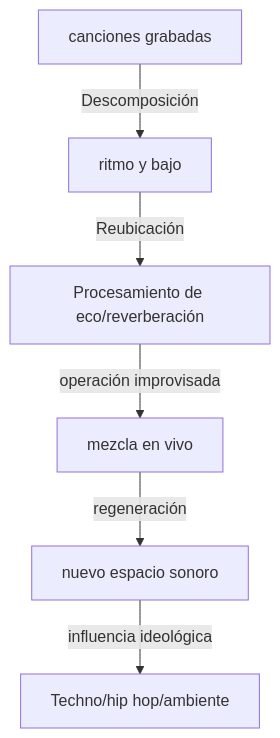
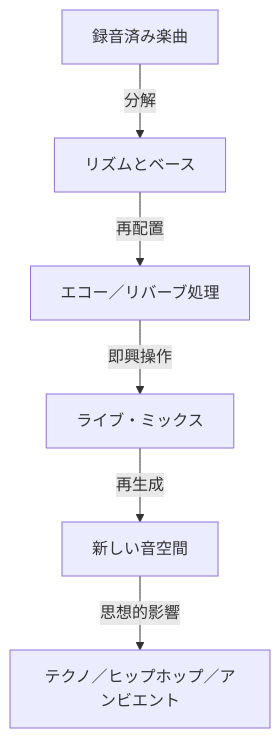
One commit to monumental-movement/monumental-movement.github.io changed the second of 2 diagrams in es/_posts/2025-11-01-column-dub-universe.md. Above: the diagram before and after it, drawn with Mermaid. The commit also changed other lines of this file and 299 other files, not shown here.

```diff
--- a/es/_posts/2025-11-01-column-dub-universe.md
+++ b/es/_posts/2025-11-01-column-dub-universe.md
@@ -182,10 +182,10 @@
 <div class="mermaid">
 
 graph TD
-  A[canciones grabadas] -->|Descomposición| B[ritmo y bajo]
-  B -->|Reubicación| C[Procesamiento de eco/reverberación]
-  C -->|operación improvisada| D[mezcla en vivo]
-  D -->|regeneración| E[nuevo espacio sonoro]
-  E -->|influencia ideológica| F[Techno/hip hop/ambiente]
+  A[録音済み楽曲] -->|分解| B[リズムとベース]
+  B -->|再配置| C[エコー／リバーブ処理]
+  C -->|即興操作| D[ライブ・ミックス]
+  D -->|再生成| E[新しい音空間]
+  E -->|思想的影響| F[テクノ／ヒップホップ／アンビエント]
 
 </div>
```
